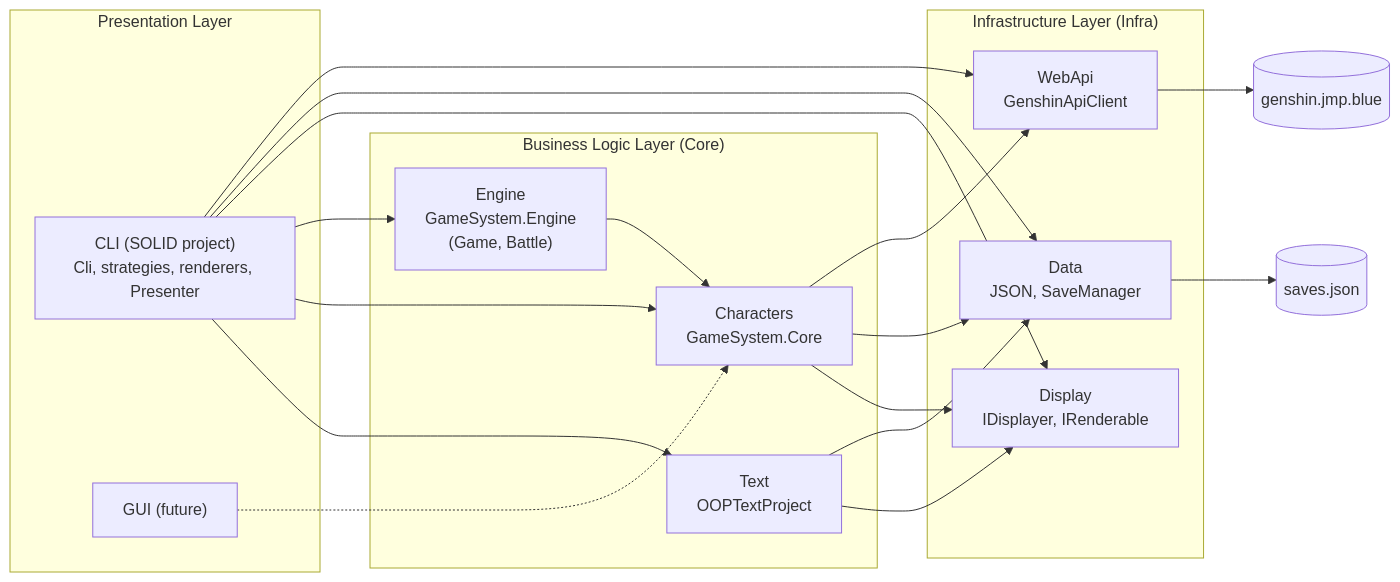
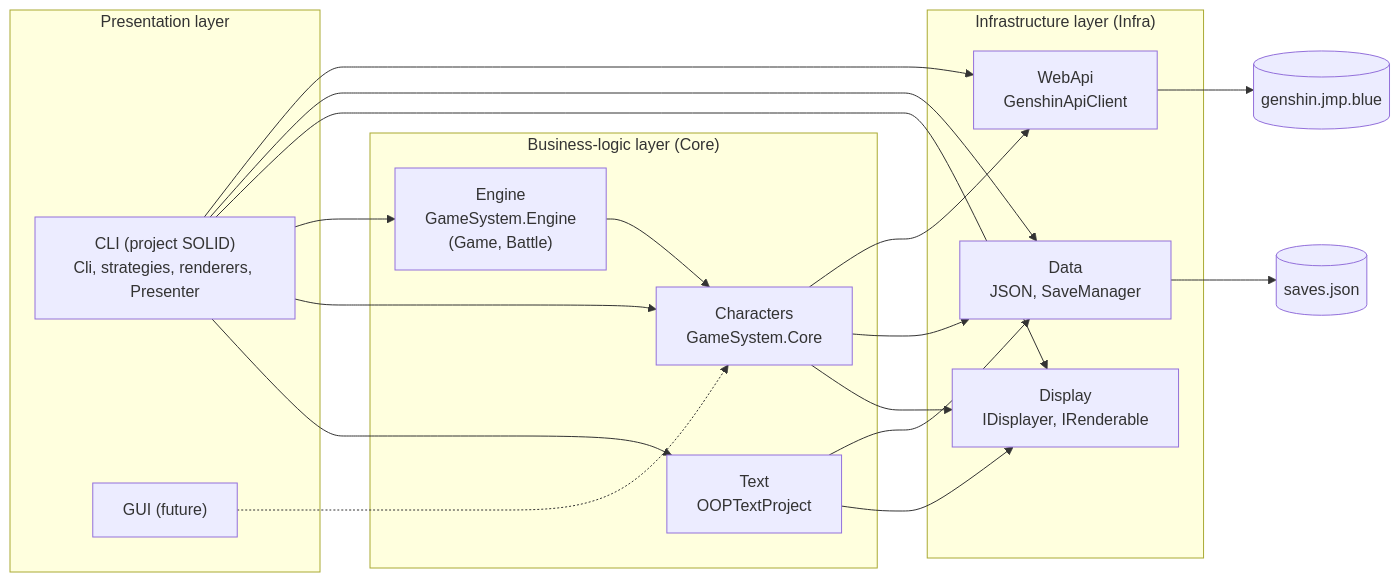
Before and after one commit to EugeneGerzhan/OOPproject: the first of 5 diagrams in DesignDocument.md, drawn with Mermaid. The commit also changed other lines of this file and 1 other file, not shown here.

````diff
--- a/DesignDocument.md
+++ b/DesignDocument.md
@@ -25,32 +82,32 @@
 ```mermaid
 flowchart LR
-subgraph P["Presentation Layer"]
-CLI["CLI (SOLID project)<br/>Cli, strategies, renderers, Presenter"]
-GUI["GUI (future)"]
-end
-subgraph C["Business Logic Layer (Core)"]
-TEXT["Text<br/>OOPTextProject"]
-CHARS["Characters<br/>GameSystem.Core"]
-ENGINE["Engine<br/>GameSystem.Engine<br/>(Game, Battle)"]
-end
-subgraph I["Infrastructure Layer (Infra)"]
-DISPLAY["Display<br/>IDisplayer, IRenderable"]
-DATA["Data<br/>JSON, SaveManager"]
-WEB["WebApi<br/>GenshinApiClient"]
-end
-CLI --> TEXT
-CLI --> CHARS
-CLI --> ENGINE
-GUI -.-> CHARS
-ENGINE --> CHARS
-TEXT --> DISPLAY
-CHARS --> DISPLAY
-CHARS --> DATA
-CHARS --> WEB
-TEXT --> DATA
-CLI --> DISPLAY
-CLI --> DATA
-CLI --> WEB
-WEB --> REMOTE[("genshin.jmp.blue")]
-DATA --> FILE[("saves.json")]
+    subgraph P["Presentation layer"]
+        CLI["CLI (project SOLID)<br/>Cli, strategies, renderers, Presenter"]
+        GUI["GUI (future)"]
+    end
+    subgraph C["Business-logic layer (Core)"]
+        TEXT["Text<br/>OOPTextProject"]
+        CHARS["Characters<br/>GameSystem.Core"]
+        ENGINE["Engine<br/>GameSystem.Engine<br/>(Game, Battle)"]
+    end
+    subgraph I["Infrastructure layer (Infra)"]
+        DISPLAY["Display<br/>IDisplayer, IRenderable"]
+        DATA["Data<br/>JSON, SaveManager"]
+        WEB["WebApi<br/>GenshinApiClient"]
+    end
+    CLI --> TEXT
+    CLI --> CHARS
+    CLI --> ENGINE
+    GUI -.-> CHARS
+    ENGINE --> CHARS
+    TEXT --> DISPLAY
+    CHARS --> DISPLAY
+    CHARS --> DATA
+    CHARS --> WEB
+    TEXT --> DATA
+    CLI --> DISPLAY
+    CLI --> DATA
+    CLI --> WEB
+    WEB --> REMOTE[("genshin.jmp.blue")]
+    DATA --> FILE[("saves.json")]
 ```
````
